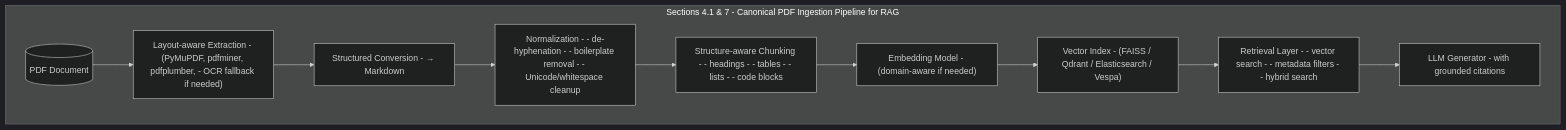
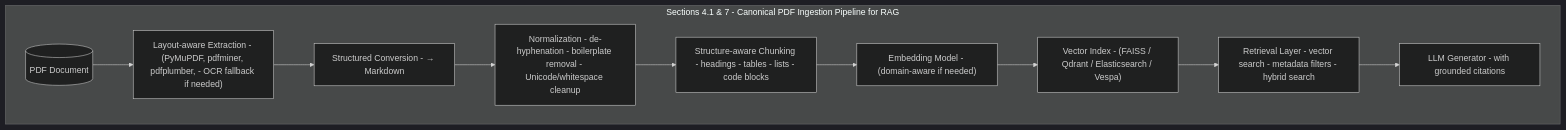
The fifth of 9 diagrams in WHY.md (CagriCatik/RagSmith), drawn with Mermaid (dark theme) before and after one commit. The commit also changed other lines of this file and 34 other files, not shown here.

````diff
--- a/WHY.md
+++ b/WHY.md
@@ -179,19 +312,19 @@
 ```mermaid
 flowchart TD
 
   subgraph S4_7["Sections 4.1 & 7 - Canonical PDF Ingestion Pipeline for RAG"]
     direction LR
 
     PDF[("PDF Document")]
     EXTRACT["Layout-aware Extraction - (PyMuPDF, pdfminer, pdfplumber, - OCR fallback if needed)"]
     MARKDOWN["Structured Conversion - → Markdown"]
-    NORMALIZE["Normalization - - de-hyphenation - - boilerplate removal - - Unicode/whitespace cleanup"]
-    CHUNK["Structure-aware Chunking - - headings - - tables - - lists - - code blocks"]
+    NORMALIZE["Normalization - de-hyphenation - boilerplate removal - Unicode/whitespace cleanup"]
+    CHUNK["Structure-aware Chunking - headings - tables - lists - code blocks"]
     EMBED["Embedding Model - (domain-aware if needed)"]
     INDEX["Vector Index - (FAISS / Qdrant / Elasticsearch / Vespa)"]
-    RETRIEVE["Retrieval Layer - - vector search - - metadata filters - - hybrid search"]
+    RETRIEVE["Retrieval Layer - vector search - metadata filters - hybrid search"]
     LLM["LLM Generator - with grounded citations"]
 
     PDF --> EXTRACT --> MARKDOWN --> NORMALIZE --> CHUNK --> EMBED --> INDEX --> RETRIEVE --> LLM
   end
 ```
````
